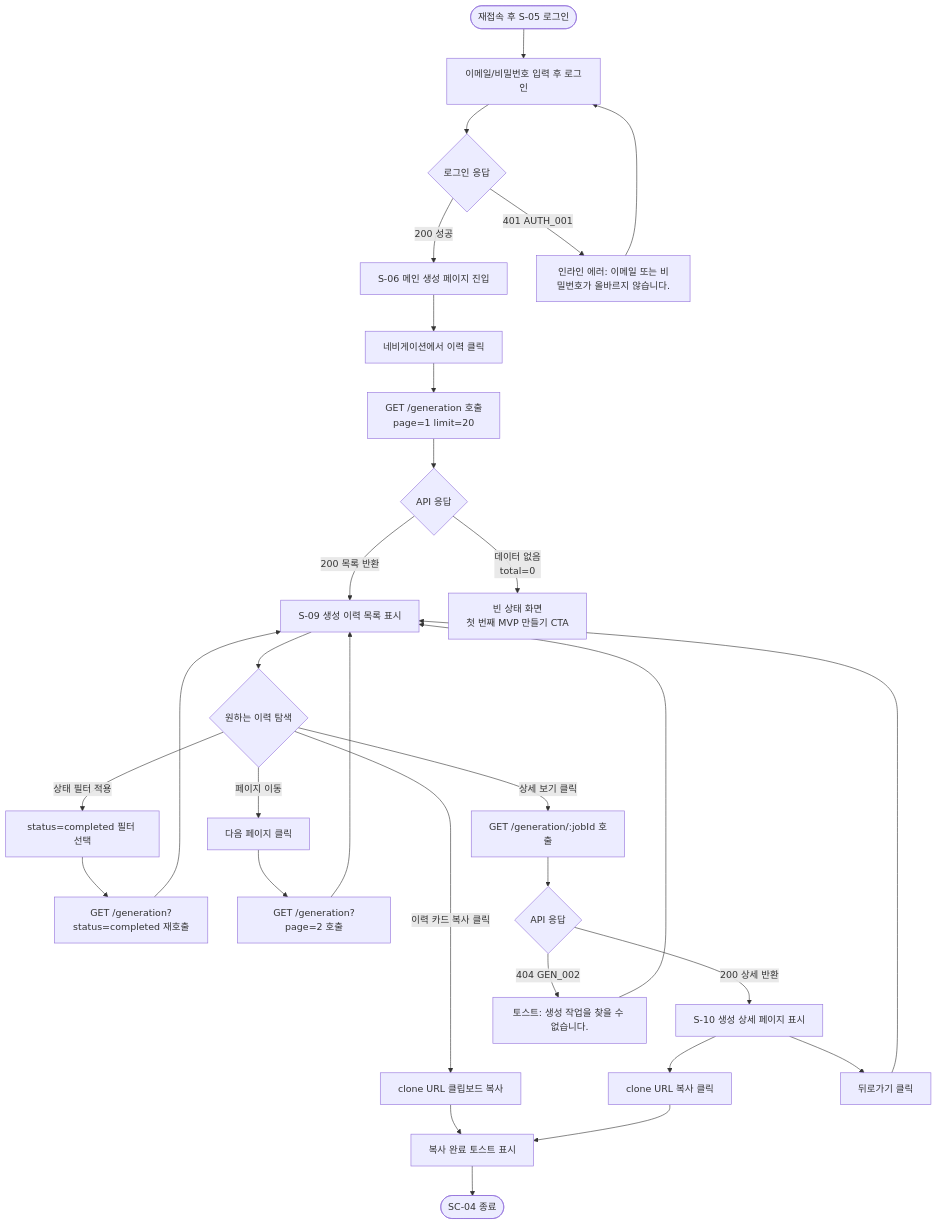
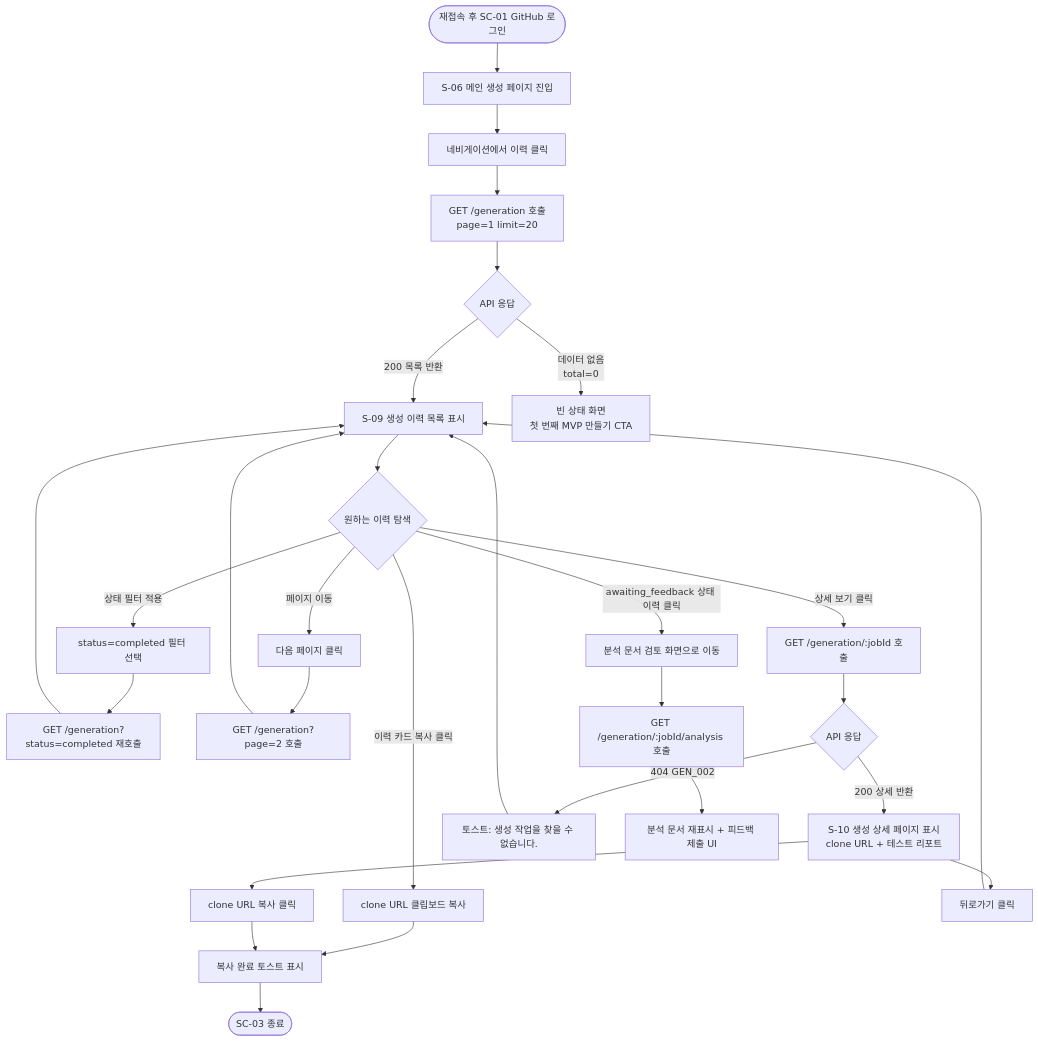
The fifth of 7 diagrams in docs/user-flow.md (Gomdadi/mvp-builder), drawn with Mermaid before and after one commit. The commit also changed other lines of this file and 12 other files, not shown here.

````diff
--- a/docs/user-flow.md
+++ b/docs/user-flow.md
@@ -219,35 +151,34 @@
 ```mermaid
 flowchart TD
-    START([재접속 후 S-05 로그인]) --> A[이메일/비밀번호 입력 후 로그인]
-    A --> B{로그인 응답}
-    B -->|200 성공| C[S-06 메인 생성 페이지 진입]
-    B -->|401 AUTH_001| D[인라인 에러: 이메일 또는 비밀번호가 올바르지 않습니다.]
-    D --> A
+    START([재접속 후 SC-01 GitHub 로그인]) --> A[S-06 메인 생성 페이지 진입]
+    A --> B[네비게이션에서 이력 클릭]
+    B --> C[GET /generation 호출\npage=1 limit=20]
+    C --> D{API 응답}
+    D -->|200 목록 반환| E[S-09 생성 이력 목록 표시]
+    D -->|데이터 없음\ntotal=0| F[빈 상태 화면\n첫 번째 MVP 만들기 CTA]
 
-    C --> E[네비게이션에서 이력 클릭]
-    E --> F[GET /generation 호출\npage=1 limit=20]
-    F --> G{API 응답}
-    G -->|200 목록 반환| H[S-09 생성 이력 목록 표시]
-    G -->|데이터 없음\ntotal=0| I[빈 상태 화면\n첫 번째 MVP 만들기 CTA]
+    E --> G{원하는 이력 탐색}
+    G -->|상태 필터 적용| H[status=completed 필터 선택]
+    H --> I[GET /generation?status=completed 재호출]
+    I --> E
+    G -->|페이지 이동| J[다음 페이지 클릭]
+    J --> K[GET /generation?page=2 호출]
+    K --> E
+    G -->|이력 카드 복사 클릭| L[clone URL 클립보드 복사]
+    L --> M[복사 완료 토스트 표시]
+    M --> END([SC-03 종료])
 
-    H --> J{원하는 이력 탐색}
-    J -->|상태 필터 적용| K[status=completed 필터 선택]
-    K --> L[GET /generation?status=completed 재호출]
-    L --> H
-    J -->|페이지 이동| M[다음 페이지 클릭]
-    M --> N[GET /generation?page=2 호출]
-    N --> H
-    J -->|이력 카드 복사 클릭| O[clone URL 클립보드 복사]
-    O --> P[복사 완료 토스트 표시]
-    P --> END([SC-04 종료])
+    G -->|상세 보기 클릭| N[GET /generation/:jobId 호출]
+    N --> O{API 응답}
+    O -->|200 상세 반환| P[S-10 생성 상세 페이지 표시\nclone URL + 테스트 리포트]
+    O -->|404 GEN_002| Q[토스트: 생성 작업을 찾을 수 없습니다.]
+    Q --> E
+    P --> R[clone URL 복사 클릭]
+    R --> M
+    P --> S[뒤로가기 클릭]
+    S --> E
 
-    J -->|상세 보기 클릭| Q[GET /generation/:jobId 호출]
-    Q --> R{API 응답}
-    R -->|200 상세 반환| S[S-10 생성 상세 페이지 표시]
-    R -->|404 GEN_002| T[토스트: 생성 작업을 찾을 수 없습니다.]
-    T --> H
-    S --> U[clone URL 복사 클릭]
-    U --> P
-    S --> V[뒤로가기 클릭]
-    V --> H
+    G -->|awaiting_feedback 상태 이력 클릭| T[분석 문서 검토 화면으로 이동]
+    T --> U[GET /generation/:jobId/analysis 호출]
+    U --> V[분석 문서 재표시 + 피드백 제출 UI]
 ```
````
